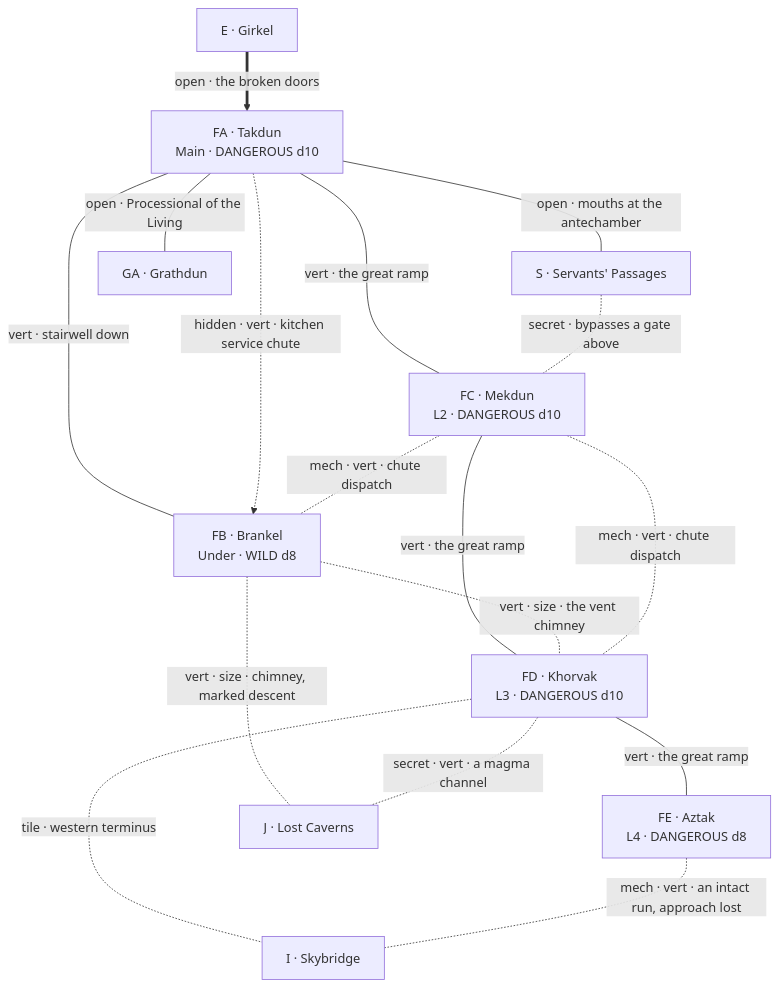
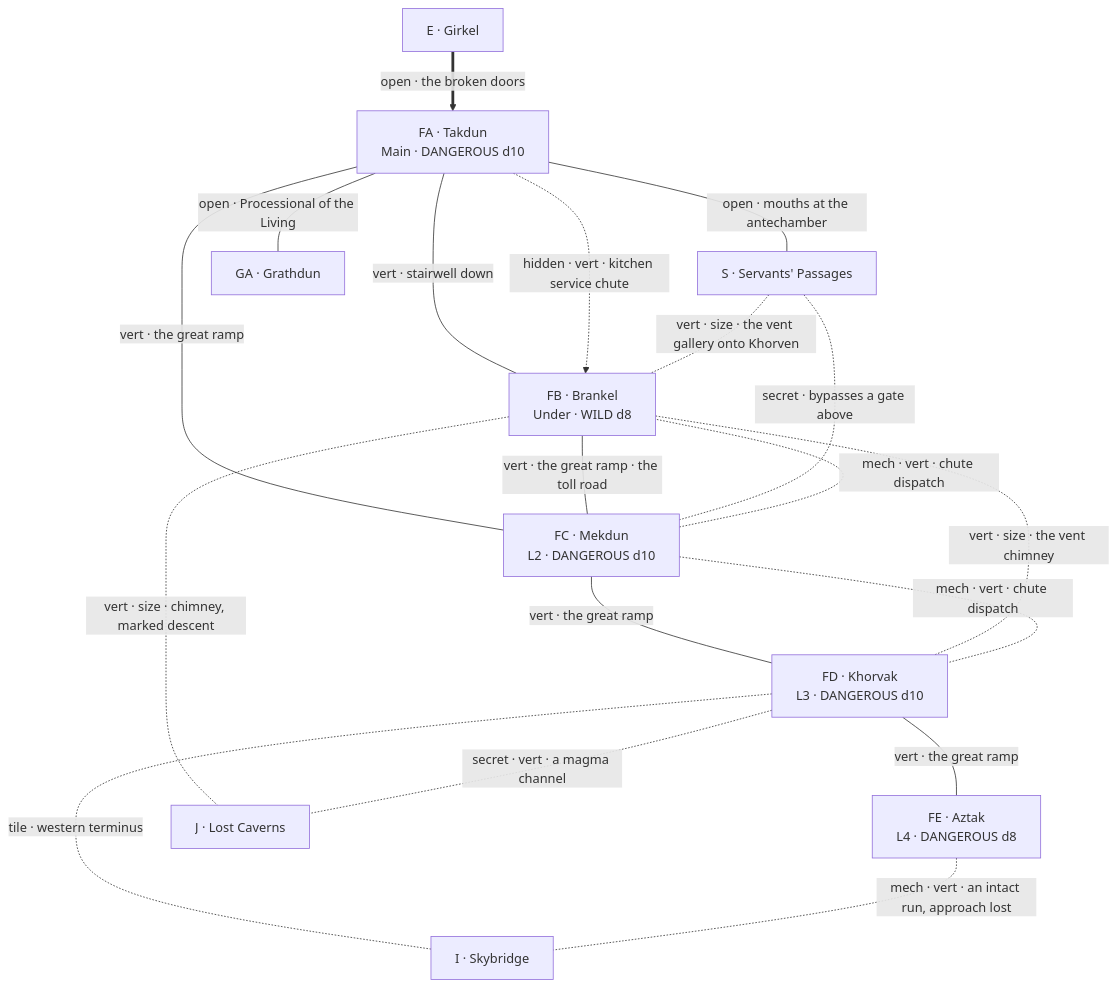
Before and after one commit to rstevenson1237/drakenhold: the third of 6 diagrams in diagrams/Drakenhold_Relational_Diagram.md, drawn with Mermaid. The commit also changed other lines of this file and 7 other files, not shown here.

````diff
--- a/diagrams/Drakenhold_Relational_Diagram.md
+++ b/diagrams/Drakenhold_Relational_Diagram.md
@@ -122,30 +122,32 @@
 ```mermaid
 graph TD
     E["E · Girkel"]
     FA["FA · Takdun<br/>Main · DANGEROUS d10"]
     FB["FB · Brankel<br/>Under · WILD d8"]
     FC["FC · Mekdun<br/>L2 · DANGEROUS d10"]
     FD["FD · Khorvak<br/>L3 · DANGEROUS d10"]
     FE["FE · Aztak<br/>L4 · DANGEROUS d8"]
     S["S · Servants' Passages"]
     I["I · Skybridge"]
     J["J · Lost Caverns"]
     GA["GA · Grathdun"]
 
     E ==>|"open · the broken doors"| FA
     FA ---|"open · Processional of the Living"| GA
     FA ---|"open · mouths at the antechamber"| S
     FA ---|"vert · stairwell down"| FB
     FA ---|"vert · the great ramp"| FC
     FA -.->|"hidden · vert · kitchen service chute"| FB
+    FB ---|"vert · the great ramp · the toll road"| FC
+    S -.-|"vert · size · the vent gallery onto Khorven"| FB
     FC ---|"vert · the great ramp"| FD
     FD ---|"vert · the great ramp"| FE
     FB -.-|"vert · size · the vent chimney"| FD
     FC -.-|"mech · vert · chute dispatch"| FB
     FC -.-|"mech · vert · chute dispatch"| FD
     FD -.-|"tile · western terminus"| I
     FE -.-|"mech · vert · an intact run, approach lost"| I
     FB -.-|"vert · size · chimney, marked descent"| J
     FD -.-|"secret · vert · a magma channel"| J
     S -.-|"secret · bypasses a gate above"| FC
 ```
````
